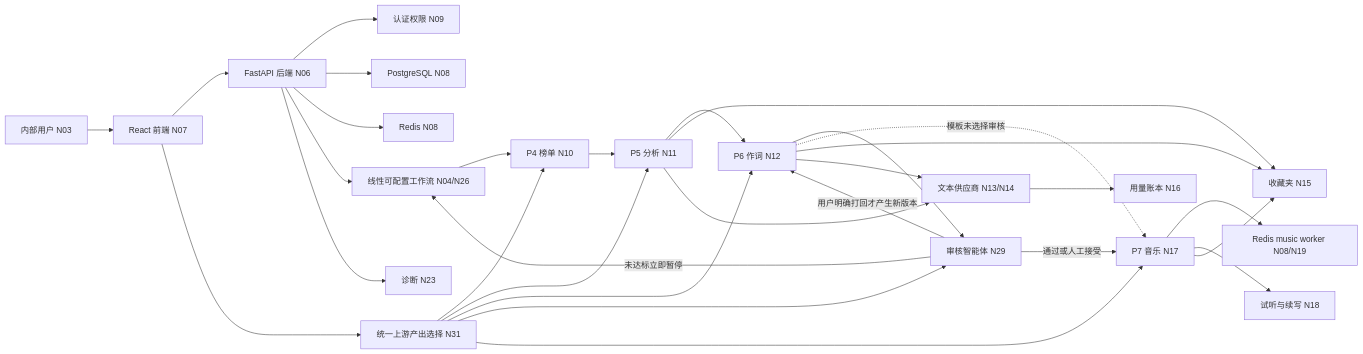
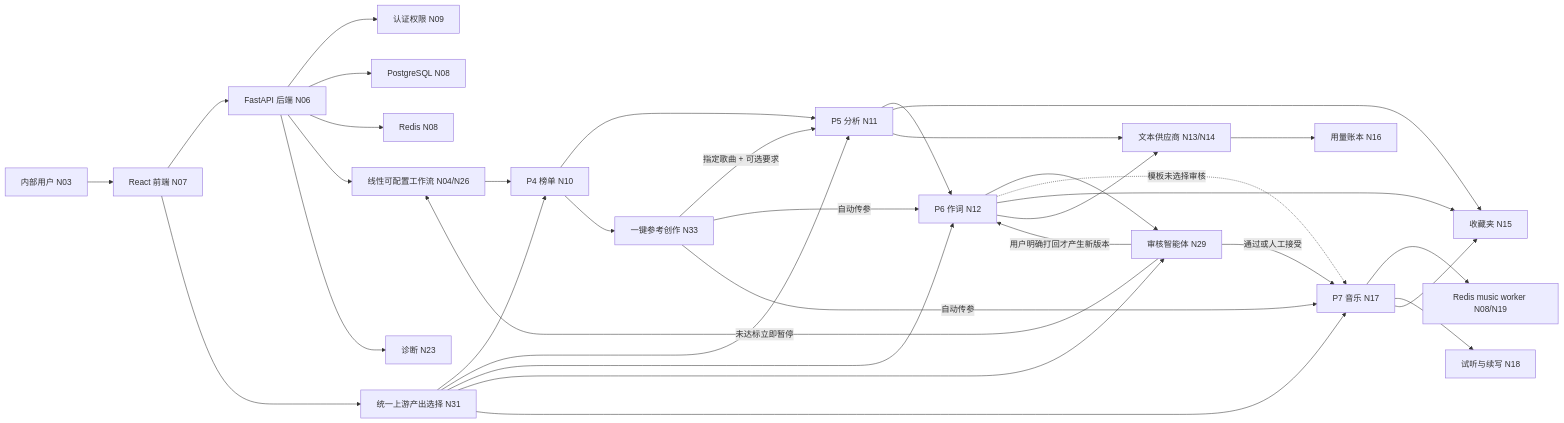
Before and after one commit to sunjiaxing520/SunJX: the diagram in docs/notes/蓝乐_当前上下文速记.md, drawn with Mermaid. The commit also changed other lines of this file and 15 other files, not shown here.

Commit message:
Add one-click reference music workflow

````diff
--- a/docs/notes/蓝乐_当前上下文速记.md
+++ b/docs/notes/蓝乐_当前上下文速记.md
@@ -70,32 +71,36 @@
 ```mermaid
 flowchart LR
     User["内部用户 N03"] --> UI["React 前端 N07"]
     UI --> API["FastAPI 后端 N06"]
     API --> Auth["认证权限 N09"]
     API --> DB["PostgreSQL N08"]
     API --> Redis["Redis N08"]
     API --> Flow["线性可配置工作流 N04/N26"]
     Flow --> Rank["P4 榜单 N10"]
     Rank --> Analysis["P5 分析 N11"]
     Analysis --> Lyrics["P6 作词 N12"]
     Lyrics --> Review["审核智能体 N29"]
     Review -->|未达标立即暂停| Flow
     Review -->|用户明确打回才产生新版本| Lyrics
     Review -->|通过或人工接受| Music["P7 音乐 N17"]
     Lyrics -.->|模板未选择审核| Music
+    Rank --> Reference["一键参考创作 N33"]
+    Reference -->|指定歌曲 + 可选要求| Analysis
+    Reference -->|自动传参| Lyrics
+    Reference -->|自动传参| Music
     Music --> RedisWorker["Redis music worker N08/N19"]
     Music --> Audition["试听与续写 N18"]
     UI --> Picker["统一上游产出选择 N31"]
     Picker --> Rank
     Picker --> Analysis
     Picker --> Lyrics
     Picker --> Review
     Picker --> Music
     Analysis --> Favorite["收藏夹 N15"]
     Lyrics --> Favorite
     Music --> Favorite
     Analysis --> Provider["文本供应商 N13/N14"]
     Lyrics --> Provider
     Provider --> Usage["用量账本 N16"]
     API --> Diagnostics["诊断 N23"]
 ```
````
